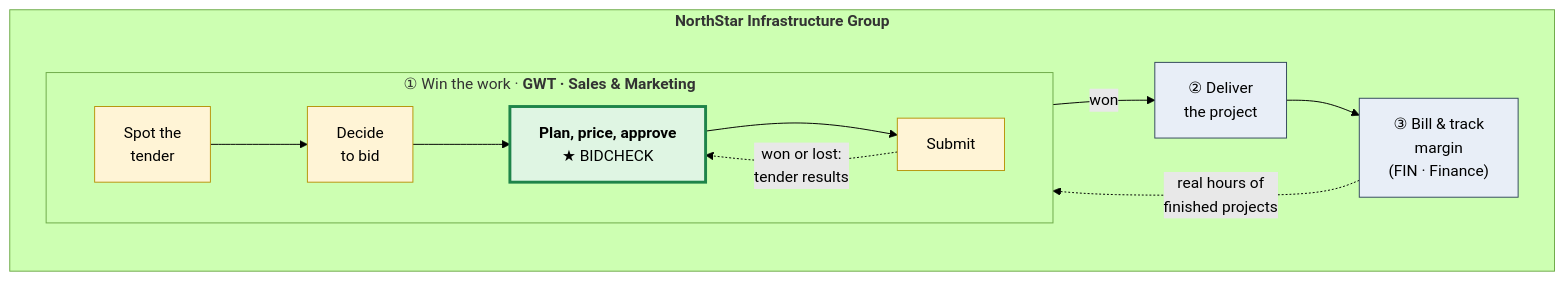
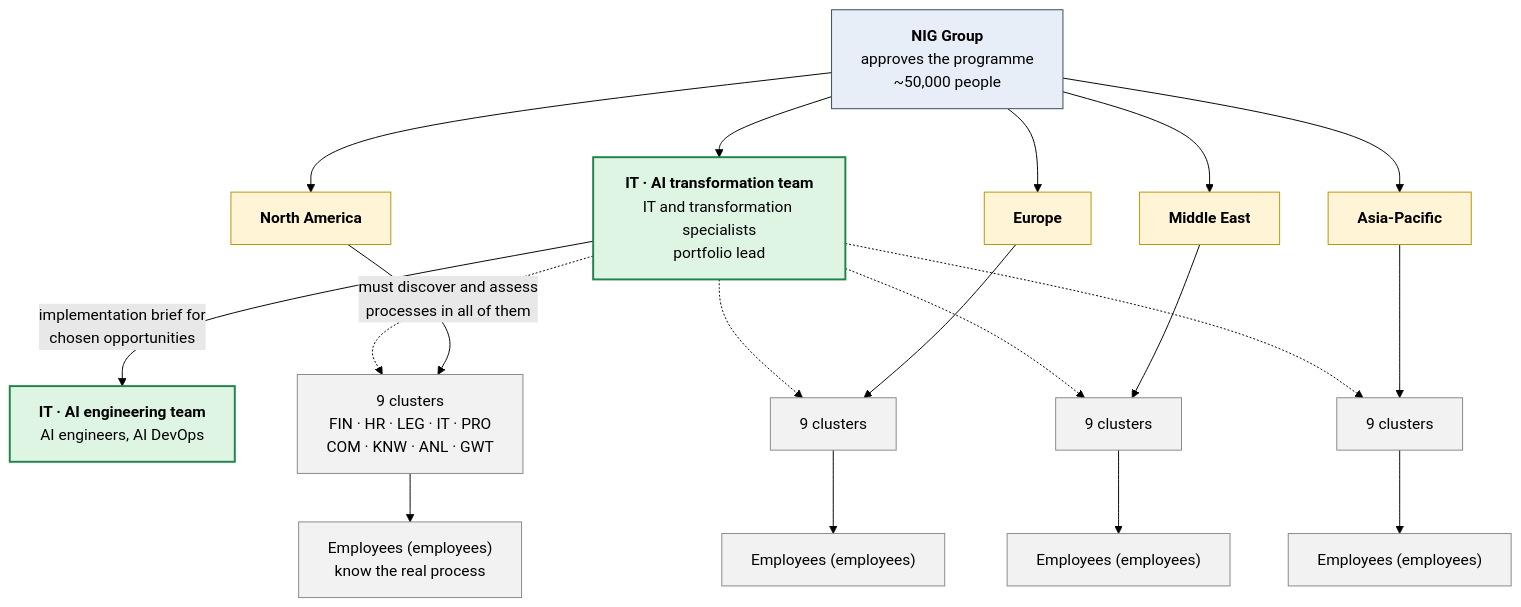
One commit to L-Neur0/northstar-agentic-ops changed the first of 3 diagrams in docs/01-use-case/use-case.md. Above: the diagram before and after it, drawn with Mermaid (forest theme). The commit also changed other lines of this file and 340 other files, not shown here.

````diff
--- a/docs/01-use-case/use-case.md
+++ b/docs/01-use-case/use-case.md
@@ -146,22 +76,37 @@
 ```mermaid
-flowchart LR
-    subgraph NIG["<b>NorthStar Infrastructure Group</b>"]
-        direction LR
-        subgraph GWT["① Win the work · <b>GWT · Sales & Marketing</b>"]
-            direction LR
-            W1["Spot the<br/>tender"] --> W2["Decide<br/>to bid"] --> W3["<b>Plan, price, approve</b><br/>★ BIDCHECK"] --> W4["Submit"]
-        end
-        DEL["② Deliver<br/>the project"]
-        FIN["③ Bill & track<br/>margin<br/>(FIN · Finance)"]
-        W4 -- "won" --> DEL --> FIN
-        FIN -. "real hours of<br/>finished projects" .-> W3
-        W4 -. "won or lost:<br/>tender results" .-> W3
-    end
+flowchart TB
+    G["<b>NIG Group</b><br/>approves the programme<br/>~50,000 people"]
+    PO["<b>IT · AI transformation team</b><br/>IT and transformation specialists<br/>portfolio lead"]
+    AE["<b>IT · AI engineering team</b><br/>AI engineers, AI DevOps"]
+    G --> PO
+    PO -- "implementation brief for<br/>chosen opportunities" --> AE
+    G --> RNA["<b>North America</b>"]
+    G --> REU["<b>Europe</b>"]
+    G --> RME["<b>Middle East</b>"]
+    G --> RAP["<b>Asia-Pacific</b>"]
 
-    classDef step fill:#fff4d6,stroke:#b7950b,color:#000;
-    classDef usecase fill:#dff5e3,stroke:#1e8449,color:#000,stroke-width:3px;
-    classDef stage fill:#e8eef7,stroke:#34495e,color:#000;
-    class W1,W2,W4 step;
-    class W3 usecase;
-    class DEL,FIN stage;
+    RNA --> CNA["9 clusters<br/>FIN · HR · LEG · IT · PRO<br/>COM · KNW · ANL · GWT"]
+    REU --> CEU["9 clusters"]
+    RME --> CME["9 clusters"]
+    RAP --> CAP["9 clusters"]
+
+    CNA --> ENA["Employees (employees)<br/>know the real process"]
+    CEU --> EEU["Employees (employees)"]
+    CME --> EME["Employees (employees)"]
+    CAP --> EAP["Employees (employees)"]
+
+    PO -. "must discover and assess<br/>processes in all of them" .-> CNA
+    PO -.-> CEU
+    PO -.-> CME
+    PO -.-> CAP
+
+    classDef group fill:#e8eef7,stroke:#34495e,color:#000;
+    classDef po fill:#dff5e3,stroke:#1e8449,color:#000,stroke-width:2px;
+    classDef region fill:#fff4d6,stroke:#b7950b,color:#000;
+    classDef bu fill:#f2f2f2,stroke:#888,color:#000;
+    class G group;
+    class PO po;
+    class AE po;
+    class RNA,REU,RME,RAP region;
+    class CNA,CEU,CME,CAP,ENA,EEU,EME,EAP bu;
 ```
````
